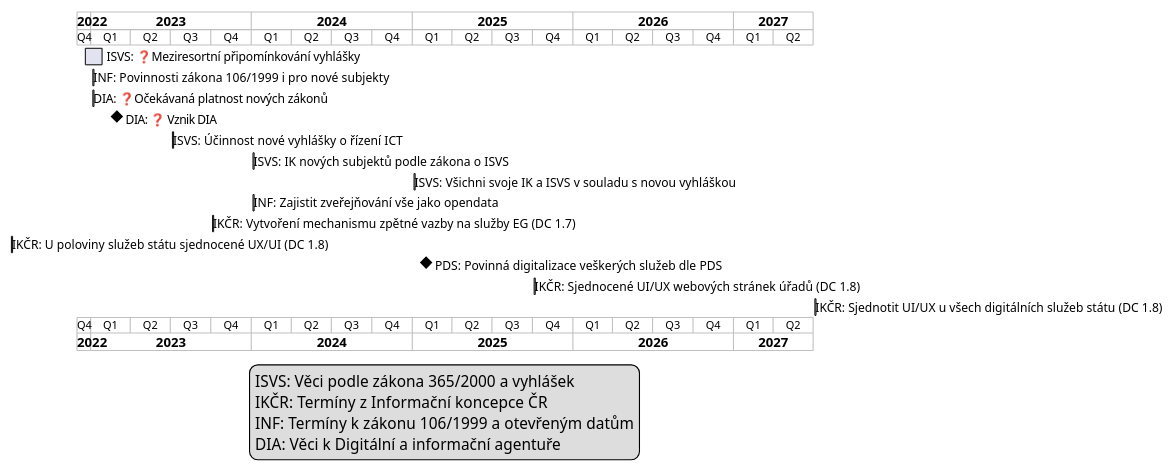
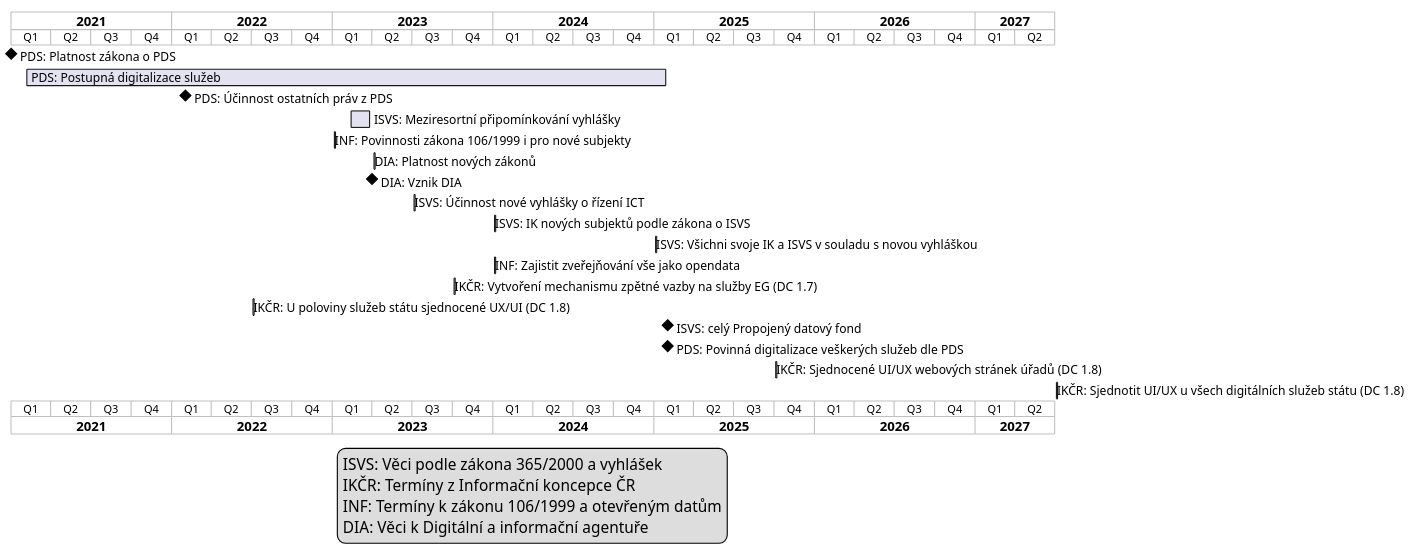
Before and after one commit to egdilna/egovedu: the first of 3 diagrams in diagramy/edu.plantuml, drawn with PlantUML. The commit also changed 2 other files, not shown here.

```diff
--- a/diagramy/edu.plantuml
+++ b/diagramy/edu.plantuml
@@ -1,26 +1,28 @@
 @startgantt casovaosaeg
 language cs
 projectscale quarterly
-Project starts 2022-12-01
-[ISVS: ❓Meziresortní připomínkování vyhlášky] starts 2022-12-15 and ends 2023-01-31
+Project starts 2021-01-01
+[PDS: Platnost zákona o PDS] happens 2020-02-01
+[PDS: Postupná digitalizace služeb] starts 2021-02-01 and ends 2025-02-01
+[PDS: Účinnost ostatních práv z PDS] happens 2022-02-01
+[ISVS: Meziresortní připomínkování vyhlášky] starts 2023-02-08 and ends 2023-03-31
 [INF: Povinnosti zákona 106/1999 i pro nové subjekty] starts 2023-01-01
-[DIA: ❓Očekávaná platnost nových zákonů] starts 2023-01-01
-[DIA: ❓ Vznik DIA] happens 2023-03-01
+[DIA: Platnost nových zákonů] starts 2023-04-01
+[DIA: Vznik DIA] happens 2023-04-01
 [ISVS: Účinnost nové vyhlášky o řízení ICT] starts 2023-07-01
 [ISVS: IK nových subjektů podle zákona o ISVS] ends 2023-12-31
 [ISVS: Všichni svoje IK a ISVS v souladu s novou vyhláškou] ends 2024-12-31
 [INF: Zajistit zveřejňování vše jako opendata] ends 2023-12-31
 [IKČR: Vytvoření mechanismu zpětné vazby na služby EG (DC 1.7)] ends 2023-09-30
 [IKČR: U poloviny služeb státu sjednocené UX/UI (DC 1.8)] ends 2022-06-30 
+[ISVS: celý Propojený datový fond] happens 2025-02-01
 [PDS: Povinná digitalizace veškerých služeb dle PDS] happens 2025-02-01
 [IKČR: Sjednocené UI/UX webových stránek úřadů (DC 1.8)] ends 2025-09-30 
 [IKČR: Sjednotit UI/UX u všech digitálních služeb státu (DC 1.8)] ends 2027-06-30
-
 legend
 ISVS: Věci podle zákona 365/2000 a vyhlášek
 IKČR: Termíny z Informační koncepce ČR
 INF: Termíny k zákonu 106/1999 a otevřeným datům
 DIA: Věci k Digitální a informační agentuře
 end legend
-
 @endgantt
```
